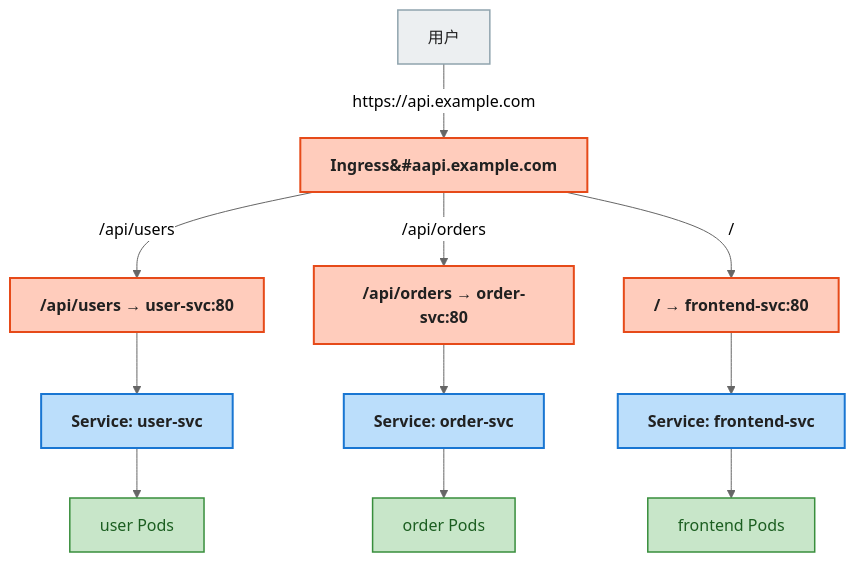
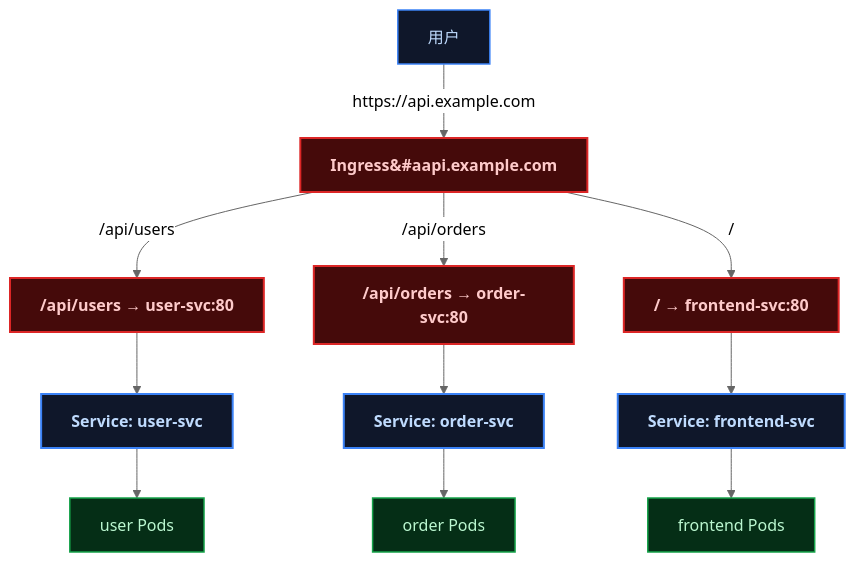
Before and after one commit to yaocat55/yaocat55.github.io: the first of 5 diagrams in content/posts/kubernetes/K8sDeveloperPanorama.md, drawn with Mermaid (neutral theme). The commit also changed other lines of this file and 155 other files, not shown here.

````diff
--- a/content/posts/kubernetes/K8sDeveloperPanorama.md
+++ b/content/posts/kubernetes/K8sDeveloperPanorama.md
@@ -71,37 +71,37 @@
 ```mermaid
 flowchart TD
   USER["用户"]
   INGRESS["Ingress&#aapi.example.com"]
   EP1["/api/users → user-svc:80"]
   EP2["/api/orders → order-svc:80"]
   EP3["/ → frontend-svc:80"]
   SVC1["Service: user-svc"]
   SVC2["Service: order-svc"]
   SVC3["Service: frontend-svc"]
   POD1["user Pods"]
   POD2["order Pods"]
   POD3["frontend Pods"]
 
   USER -->|"https://api.example.com"| INGRESS
   INGRESS -->|"/api/users"| EP1
   INGRESS -->|"/api/orders"| EP2
   INGRESS -->|"/"| EP3
   EP1 --> SVC1
   EP2 --> SVC2
   EP3 --> SVC3
   SVC1 --> POD1
   SVC2 --> POD2
   SVC3 --> POD3
 
-  classDef user fill:#ECEFF1,stroke:#90A4AE,stroke-width:1.5px,color:#212121
+classDef user fill:#0f172a,stroke:#3b82f6,stroke-width:1.5px,color:#bfdbfe;
   class USER user
 
-  classDef ingress fill:#FFCCBC,stroke:#E64A19,stroke-width:2px,color:#212121,font-weight:bold
+classDef ingress fill:#450a0a,stroke:#dc2626,stroke-width:2px,color:#fecaca,font-weight:bold;
   class INGRESS,EP1,EP2,EP3 ingress
 
-  classDef svc fill:#BBDEFB,stroke:#1976D2,stroke-width:2px,color:#212121,font-weight:bold
+classDef svc fill:#0f172a,stroke:#3b82f6,stroke-width:2px,color:#bfdbfe,font-weight:bold;
   class SVC1,SVC2,SVC3 svc
 
-  classDef pod fill:#C8E6C9,stroke:#388E3C,stroke-width:1.5px,color:#1B5E20
+classDef pod fill:#052e16,stroke:#16a34a,stroke-width:1.5px,color:#bbf7d0;
   class POD1,POD2,POD3 pod
 ```
````
